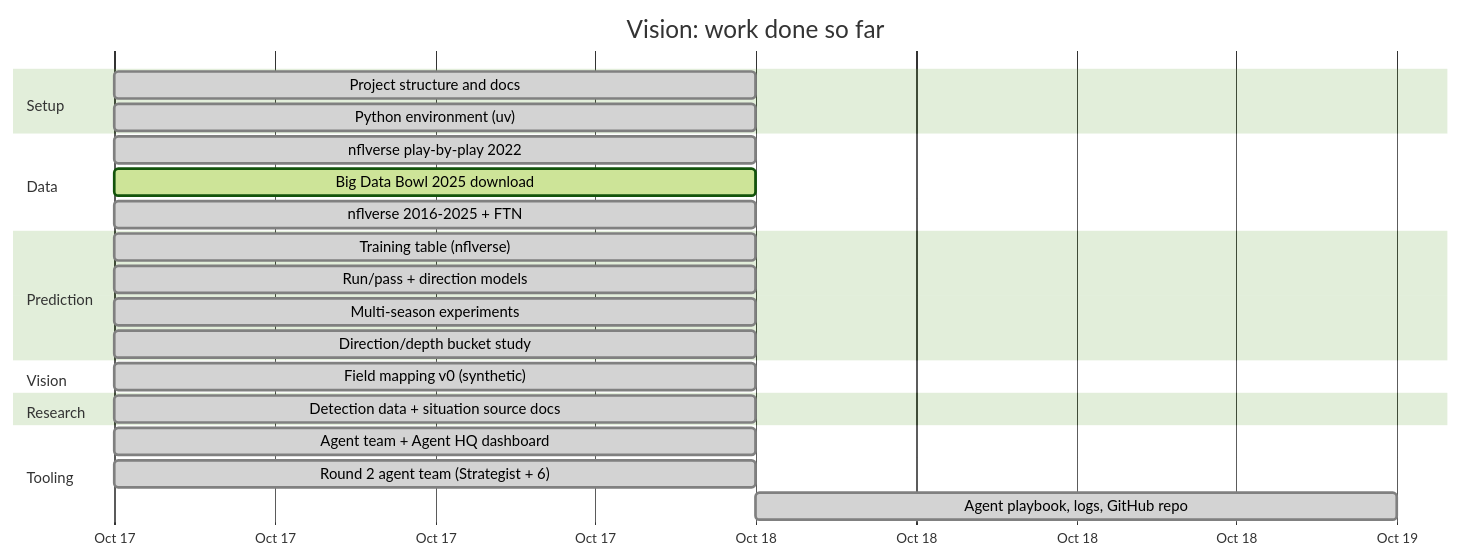
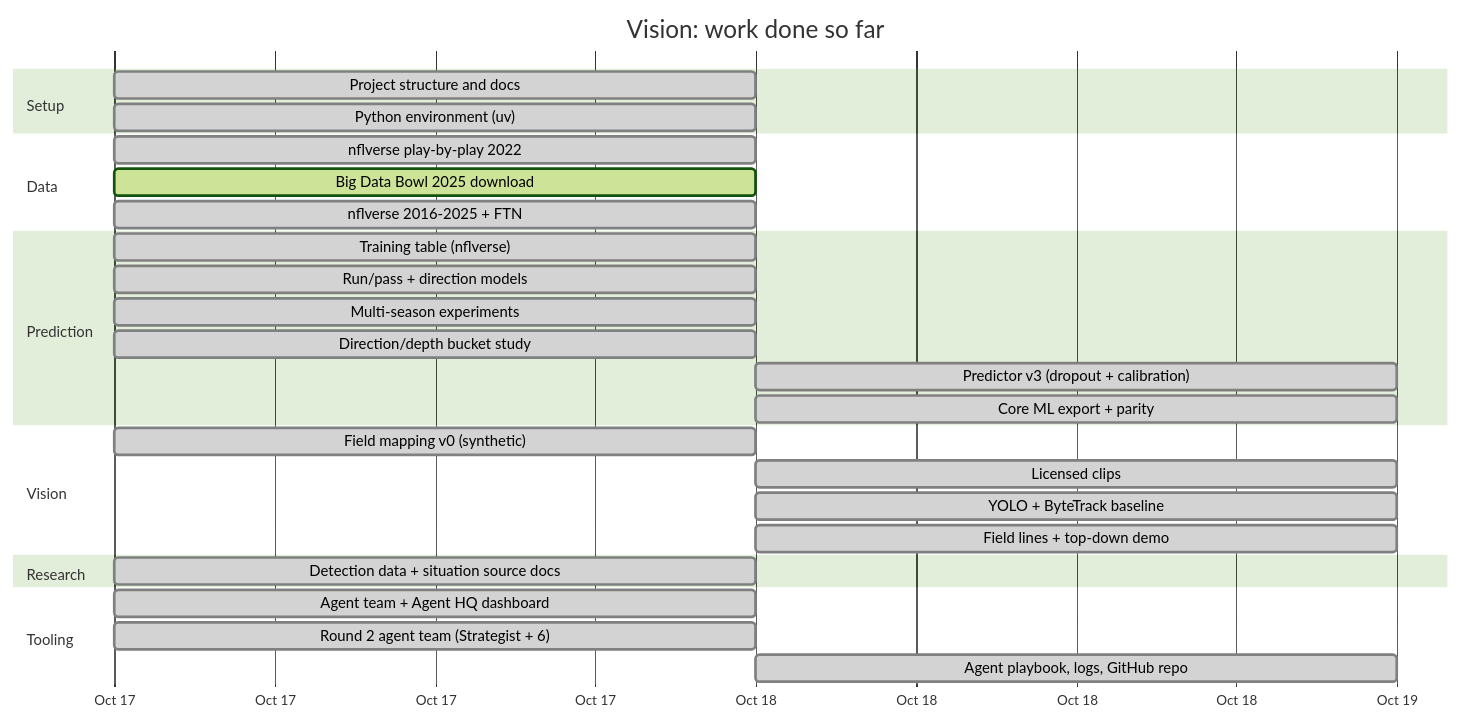
One commit to nicolasman7/Vision changed the diagram in docs/PROGRESS.md. Above: the diagram before and after it, drawn with Mermaid (forest theme). The commit also changed other lines of this file and 5 other files, not shown here.

````diff
--- a/docs/PROGRESS.md
+++ b/docs/PROGRESS.md
@@ -5,32 +5,37 @@
 ```mermaid
 gantt
     title Vision: work done so far
     dateFormat YYYY-MM-DD
     axisFormat %b %d
 
     section Setup
     Project structure and docs :done, setup, 2026-10-17, 1d
     Python environment (uv)    :done, env, 2026-10-17, 1d
 
     section Data
     nflverse play-by-play 2022 :done, nflv, 2026-10-17, 1d
     Big Data Bowl 2025 download :active, bdb, 2026-10-17, 1d
     nflverse 2016-2025 + FTN   :done, multi, 2026-10-17, 1d
 
     section Prediction
     Training table (nflverse)   :done, table, 2026-10-17, 1d
     Run/pass + direction models :done, models, 2026-10-17, 1d
     Multi-season experiments    :done, exps, 2026-10-17, 1d
     Direction/depth bucket study :done, buckets, 2026-10-17, 1d
+    Predictor v3 (dropout + calibration) :done, v3, 2026-10-18, 1d
+    Core ML export + parity :done, coreml, 2026-10-18, 1d
 
     section Vision
     Field mapping v0 (synthetic) :done, fmap, 2026-10-17, 1d
+    Licensed clips :done, clips, 2026-10-18, 1d
+    YOLO + ByteTrack baseline :done, yolo, 2026-10-18, 1d
+    Field lines + top-down demo :done, lines, 2026-10-18, 1d
 
     section Research
     Detection data + situation source docs :done, research, 2026-10-17, 1d
 
     section Tooling
     Agent team + Agent HQ dashboard :done, hq, 2026-10-17, 1d
     Round 2 agent team (Strategist + 6) :done, team2, 2026-10-17, 1d
     Agent playbook, logs, GitHub repo :done, repo, 2026-10-18, 1d
 ```
````
